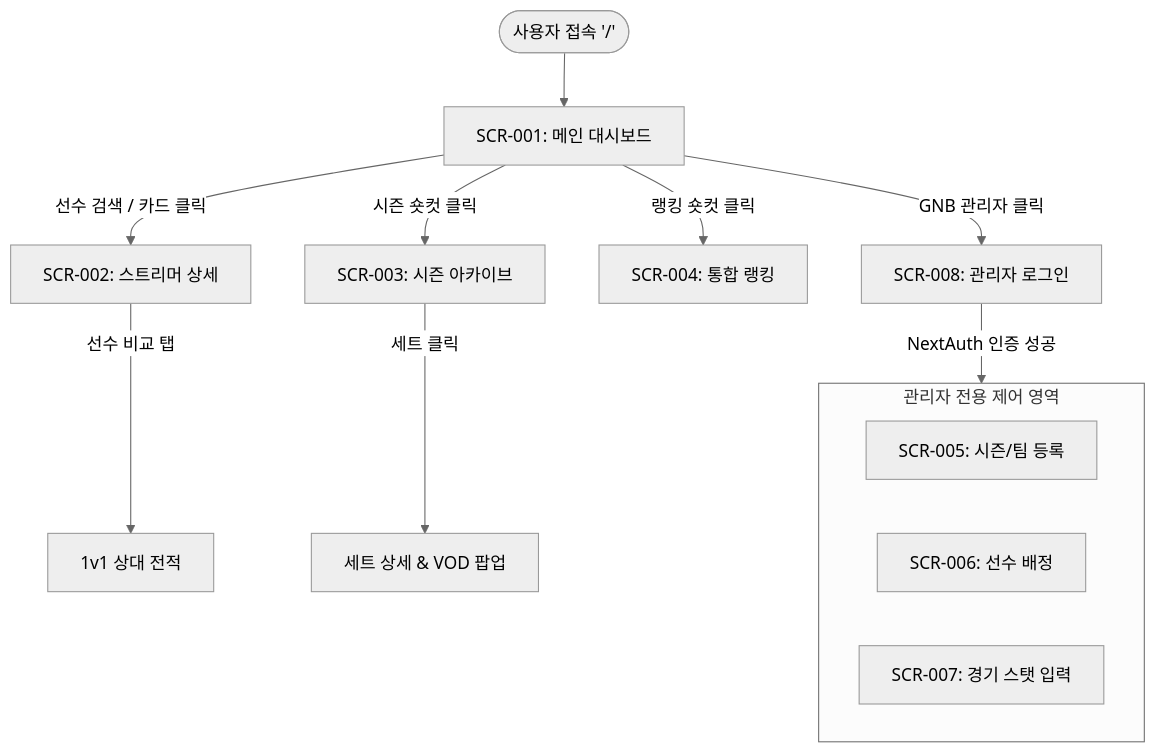
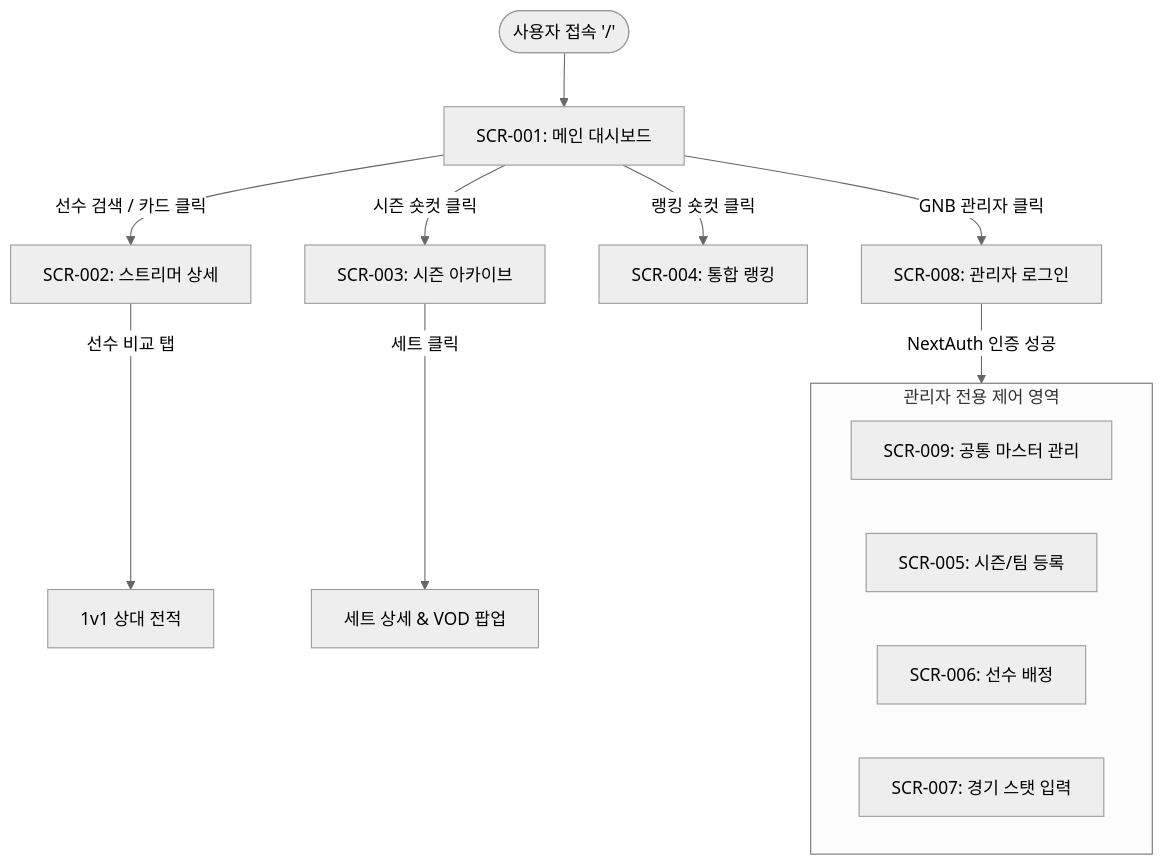
The diagram in 산출물/초기계획/ROMS_메뉴구성도.md (junhyeon0325/ROMS), drawn with Mermaid (neutral theme) before and after one commit. The commit also changed other lines of this file and 20 other files, not shown here.

````diff
--- a/산출물/초기계획/ROMS_메뉴구성도.md
+++ b/산출물/초기계획/ROMS_메뉴구성도.md
@@ -80,20 +88,21 @@
 ```mermaid
 flowchart TD
     Start([사용자 접속 '/']) --> SCR001[SCR-001: 메인 대시보드]
 
     SCR001 -->|선수 검색 / 카드 클릭| SCR002[SCR-002: 스트리머 상세]
     SCR001 -->|시즌 숏컷 클릭| SCR003[SCR-003: 시즌 아카이브]
     SCR001 -->|랭킹 숏컷 클릭| SCR004[SCR-004: 통합 랭킹]
 
     SCR002 -->|선수 비교 탭| SCR002_Compare[1v1 상대 전적]
     SCR003 -->|세트 클릭| SCR003_Modal[세트 상세 & VOD 팝업]
 
     SCR001 -->|GNB 관리자 클릭| SCR008[SCR-008: 관리자 로그인]
     SCR008 -->|NextAuth 인증 성공| AdminGroup[Admin Portal]
 
     subgraph AdminGroup [관리자 전용 제어 영역]
+        SCR009[SCR-009: 공통 마스터 관리]
         SCR005[SCR-005: 시즌/팀 등록]
         SCR006[SCR-006: 선수 배정]
         SCR007[SCR-007: 경기 스탯 입력]
     end
 ```
````
